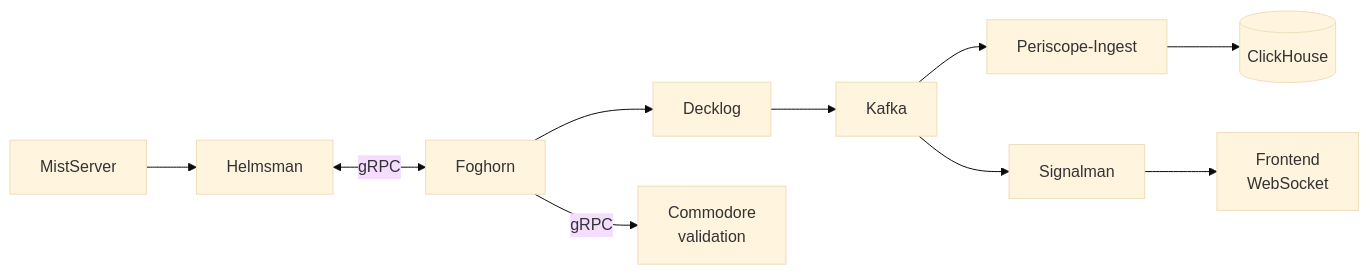
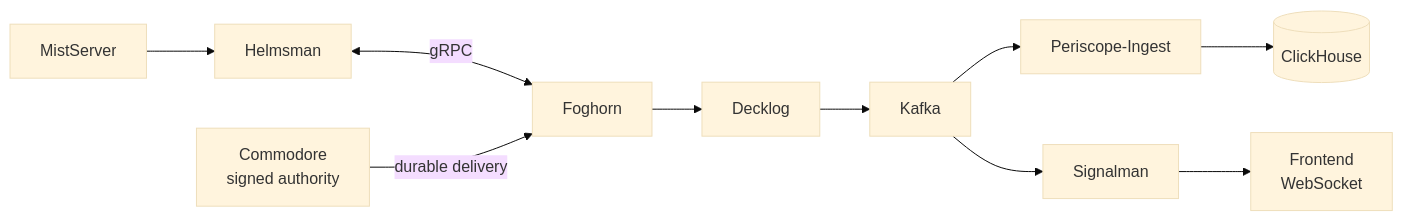
The first of 5 diagrams in website_docs/src/content/docs/operators/architecture.mdx (Livepeer-FrameWorks/monorepo), drawn with Mermaid (base theme) before and after one commit. The commit also changed other lines of this file and 41 other files, not shown here.

````diff
--- a/website_docs/src/content/docs/operators/architecture.mdx
+++ b/website_docs/src/content/docs/operators/architecture.mdx
@@ -145,12 +155,12 @@
 ```mermaid
 graph LR
     MS[MistServer] --> H[Helmsman]
     H <-->|gRPC| F[Foghorn]
     F --> D[Decklog]
-    F -->|gRPC| C[Commodore<br/>validation]
+    C[Commodore<br/>signed authority] -->|durable delivery| F
     D --> K[Kafka]
     K --> PI[Periscope-Ingest]
     K --> S[Signalman]
     PI --> CH[(ClickHouse)]
     S --> FE[Frontend<br/>WebSocket]
 ```
````
